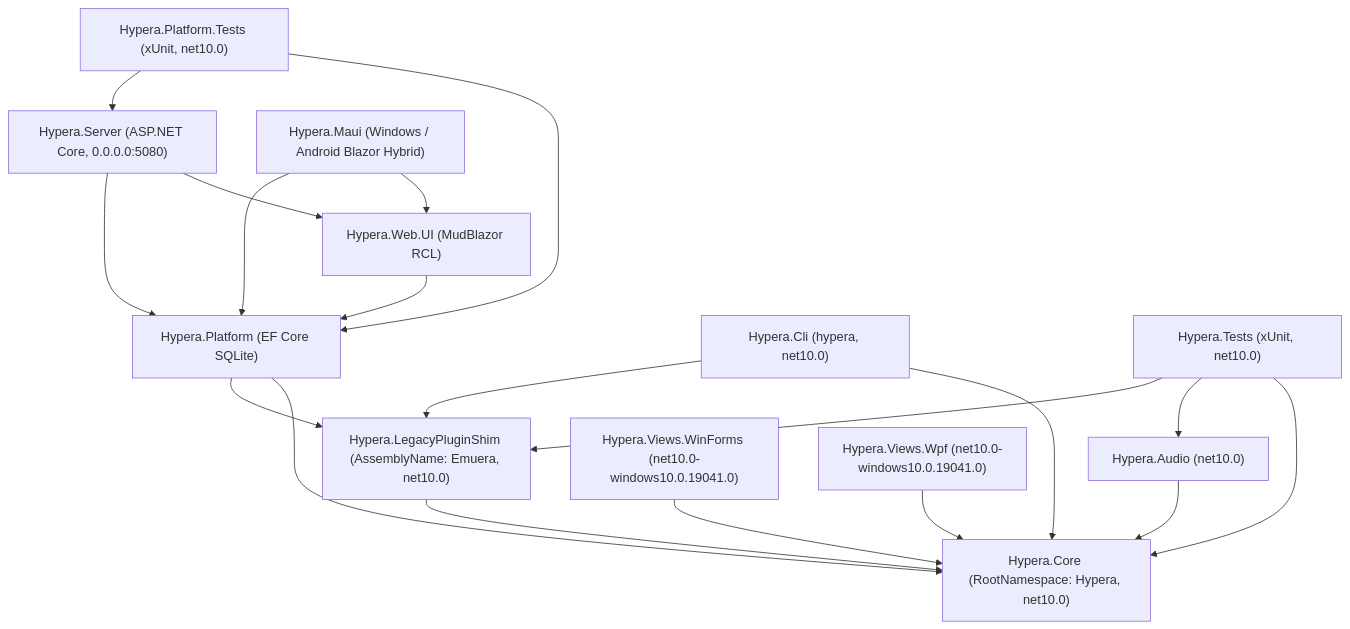
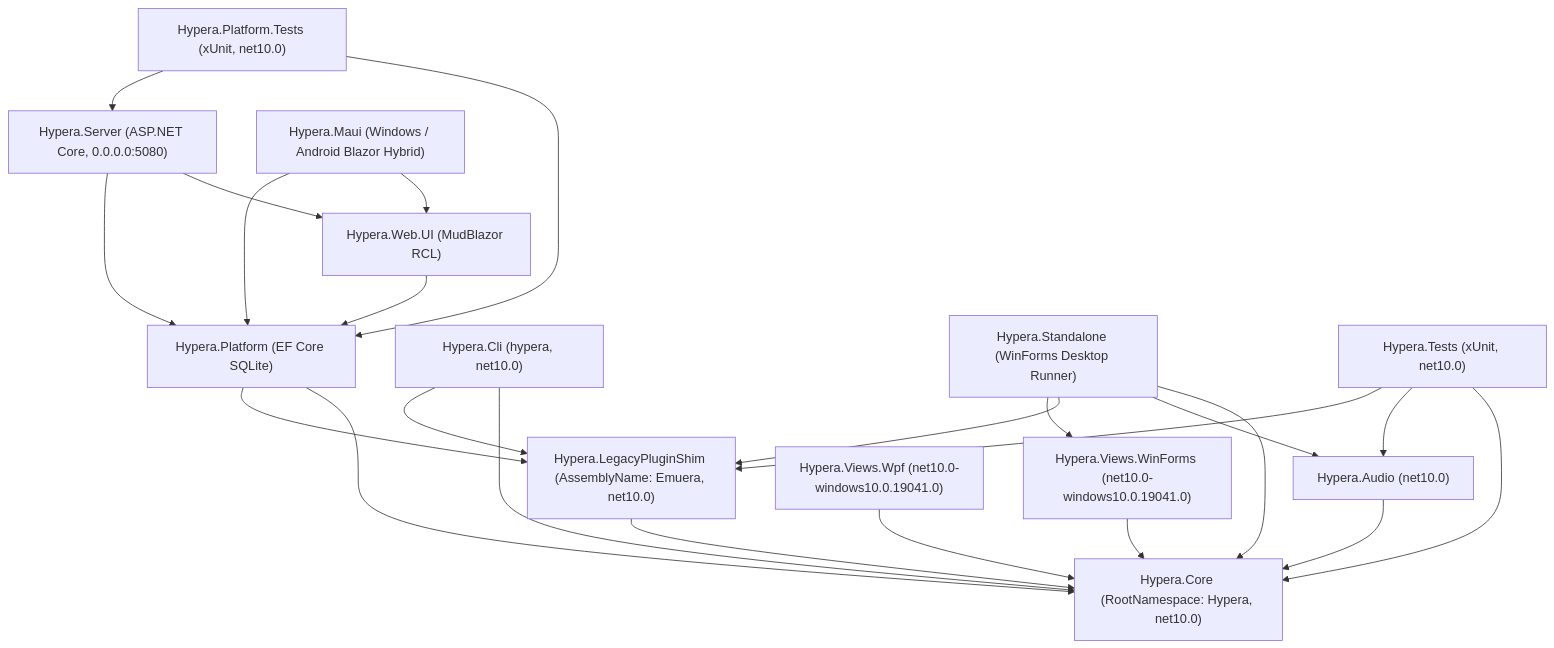
The diagram in docs/architecture.md (IMJoyJ/Hypera), drawn with Mermaid before and after one commit. The commit also changed other lines of this file and 2 other files, not shown here.

Commit message:
docs: update README for v1.0, add Japanese README.ja.md, and document Standalone

````diff
--- a/docs/architecture.md
+++ b/docs/architecture.md
@@ -17,21 +17,25 @@
 ```mermaid
 flowchart TD
     Server["Hypera.Server (ASP.NET Core, 0.0.0.0:5080)"] --> WebUI["Hypera.Web.UI (MudBlazor RCL)"]
     Server --> Platform["Hypera.Platform (EF Core SQLite)"]
     Maui["Hypera.Maui (Windows / Android Blazor Hybrid)"] --> WebUI
     Maui --> Platform
     WebUI --> Platform
     Platform --> Core["Hypera.Core (RootNamespace: Hypera, net10.0)"]
     Platform --> Shim["Hypera.LegacyPluginShim (AssemblyName: Emuera, net10.0)"]
     CLI["Hypera.Cli (hypera, net10.0)"] --> Core
     CLI --> Shim
+    Standalone["Hypera.Standalone (WinForms Desktop Runner)"] --> Core
+    Standalone --> Audio
+    Standalone --> Shim
+    Standalone --> WinForms
     Audio["Hypera.Audio (net10.0)"] --> Core
     Shim --> Core
     WinForms["Hypera.Views.WinForms (net10.0-windows10.0.19041.0)"] --> Core
     Wpf["Hypera.Views.Wpf (net10.0-windows10.0.19041.0)"] --> Core
     Tests["Hypera.Tests (xUnit, net10.0)"] --> Core
     Tests --> Audio
     Tests --> Shim
     PlatformTests["Hypera.Platform.Tests (xUnit, net10.0)"] --> Platform
     PlatformTests --> Server
 ```
````
